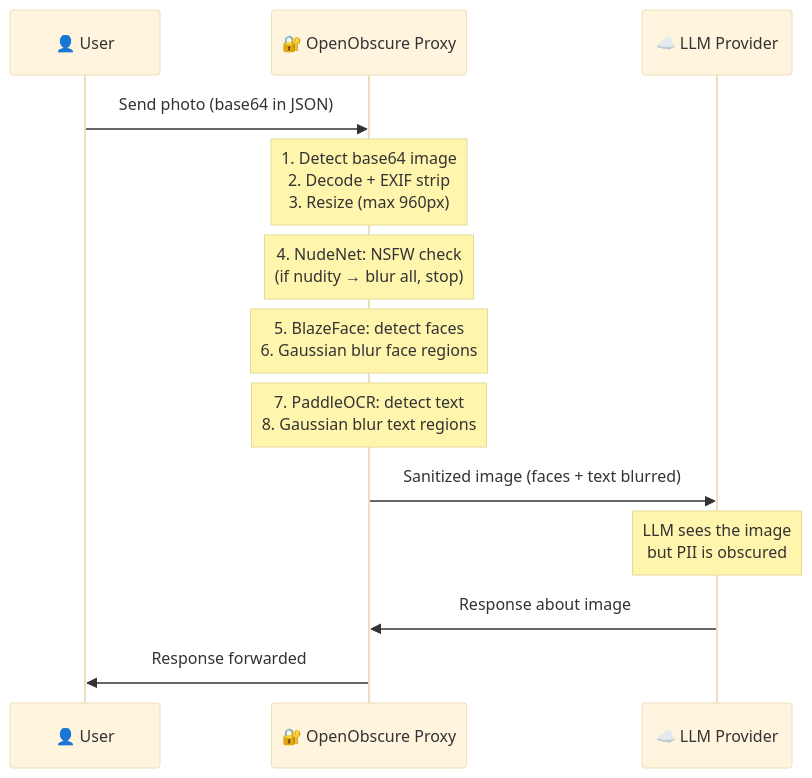
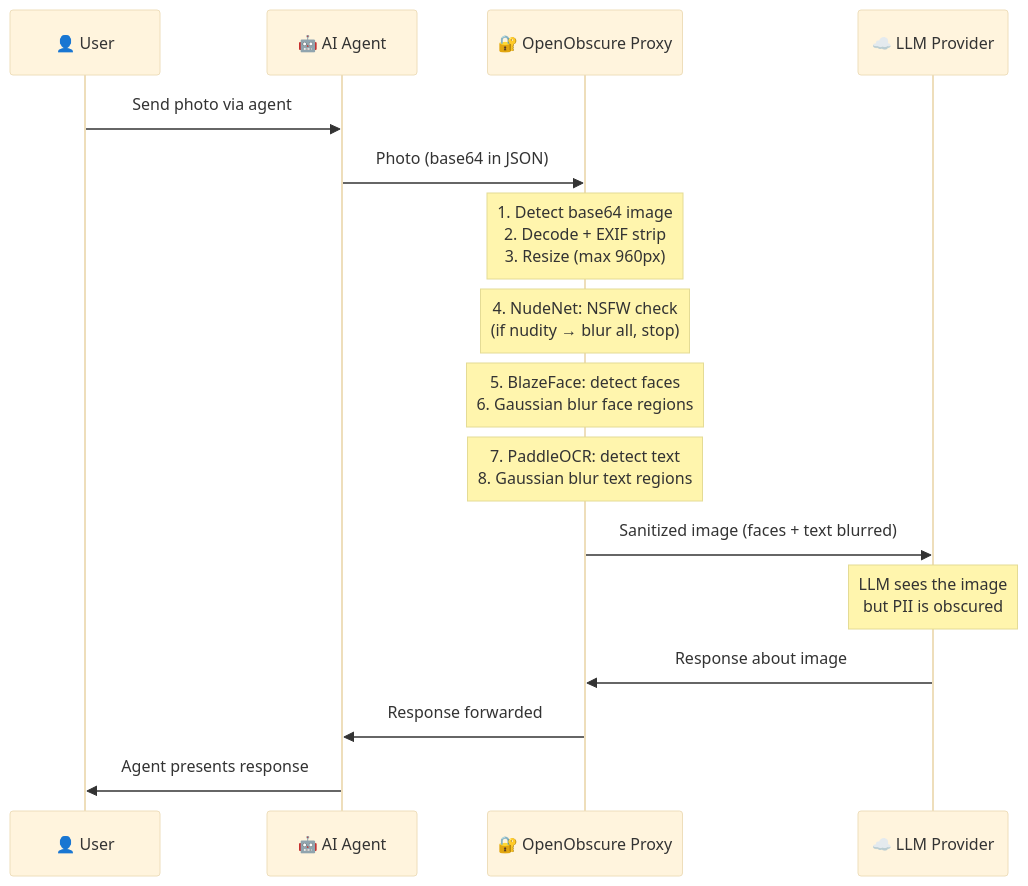
The third of 3 diagrams in README.md (OpenObscure/OpenObscure), drawn with Mermaid (base theme) before and after one commit. The commit also changed other lines of this file and 2 other files, not shown here.

Commit message:
Add AI Agent to How It Works diagrams, create Phase 6-7 plans
- Fix both sequence diagrams in README to show full flow:
  User → AI Agent → OpenObscure Proxy → LLM Provider
- Add retroactive PHASE6_PLAN.md (ensemble recall + detection verification)
- Add PHASE7_PLAN.md (cross-platform: Windows, Linux ARM, iOS, Android)

````diff
--- a/README.md
+++ b/README.md
@@ -217,16 +220,19 @@
 ```mermaid
 sequenceDiagram
     participant U as 👤 User
+    participant A as 🤖 AI Agent
     participant P as 🔐 OpenObscure Proxy
     participant L as ☁️ LLM Provider
 
-    U->>P: Send photo (base64 in JSON)
+    U->>A: Send photo via agent
+    A->>P: Photo (base64 in JSON)
     Note over P: 1. Detect base64 image<br/>2. Decode + EXIF strip<br/>3. Resize (max 960px)
     Note over P: 4. NudeNet: NSFW check<br/>(if nudity → blur all, stop)
     Note over P: 5. BlazeFace: detect faces<br/>6. Gaussian blur face regions
     Note over P: 7. PaddleOCR: detect text<br/>8. Gaussian blur text regions
     P->>L: Sanitized image (faces + text blurred)
     Note over L: LLM sees the image<br/>but PII is obscured
     L->>P: Response about image
-    P->>U: Response forwarded
+    P->>A: Response forwarded
+    A->>U: Agent presents response
 ```
````
